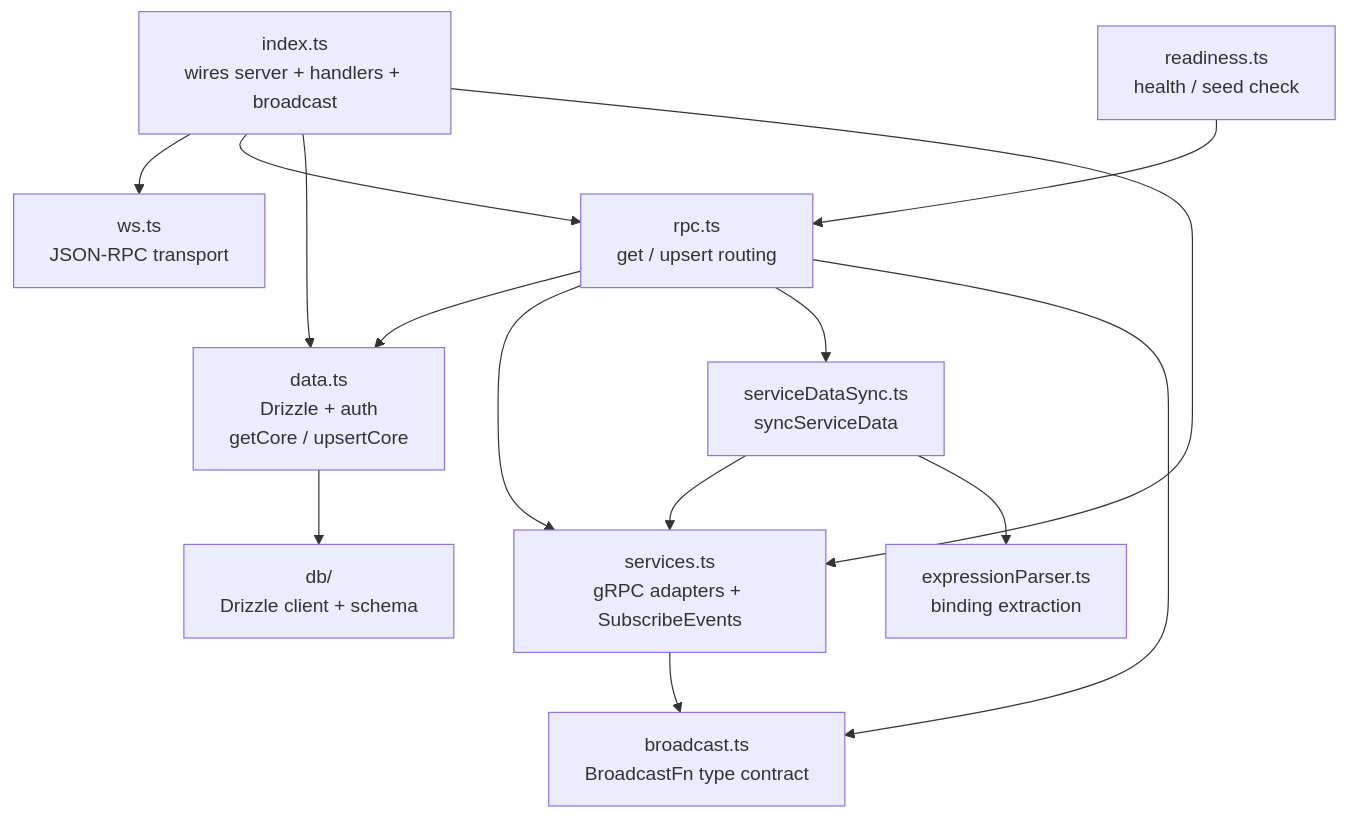
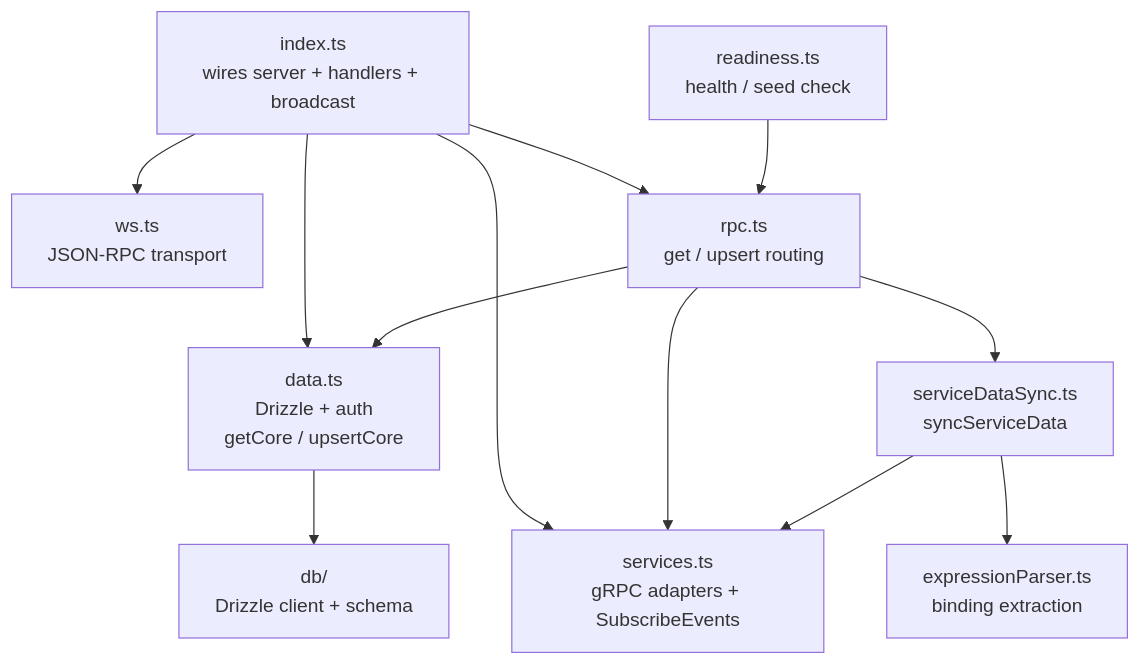
Before and after one commit to EVY-Platform/evy: the third of 3 diagrams in api/README.md, drawn with Mermaid. The commit also changed 8 other files, not shown here.

````diff
--- a/api/README.md
+++ b/api/README.md
@@ -96,27 +96,24 @@
 ```mermaid
 flowchart TD
     index[index.ts<br/>wires server + handlers + broadcast]
     ws[ws.ts<br/>JSON-RPC transport]
-    broadcast[broadcast.ts<br/>BroadcastFn type contract]
     rpc[rpc.ts<br/>get / upsert routing]
     data[data.ts<br/>Drizzle + auth<br/>getCore / upsertCore]
     services[services.ts<br/>gRPC adapters + SubscribeEvents]
     serviceDataSync[serviceDataSync.ts<br/>syncServiceData]
     expressionParser[expressionParser.ts<br/>binding extraction]
     readiness[readiness.ts<br/>health / seed check]
     db[db/<br/>Drizzle client + schema]
 
     index --> ws
     index --> rpc
     index --> data
     index --> services
     rpc --> data
     rpc --> services
     rpc --> serviceDataSync
-    rpc --> broadcast
     serviceDataSync --> services
     serviceDataSync --> expressionParser
-    services --> broadcast
     data --> db
     readiness --> rpc
 ```
````
